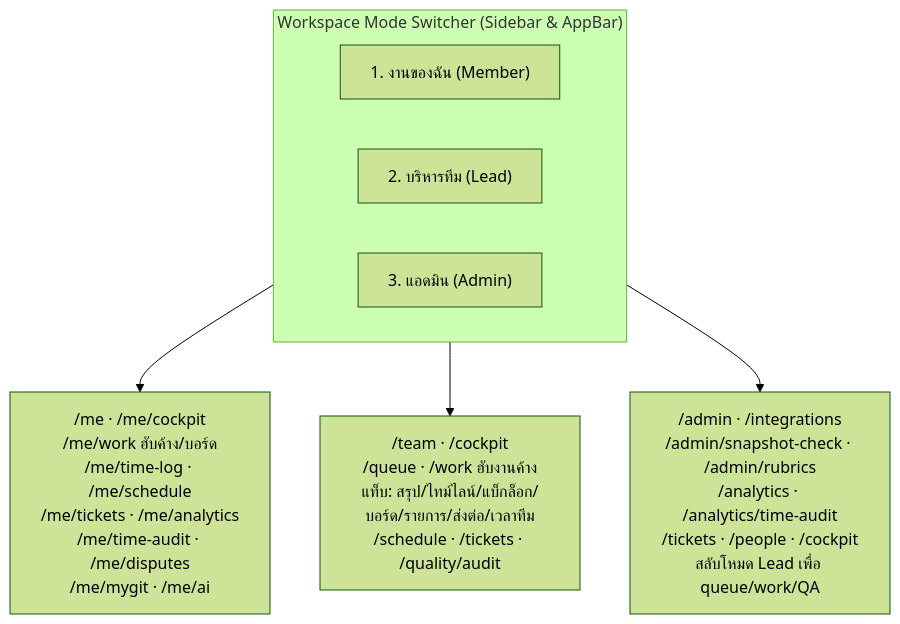
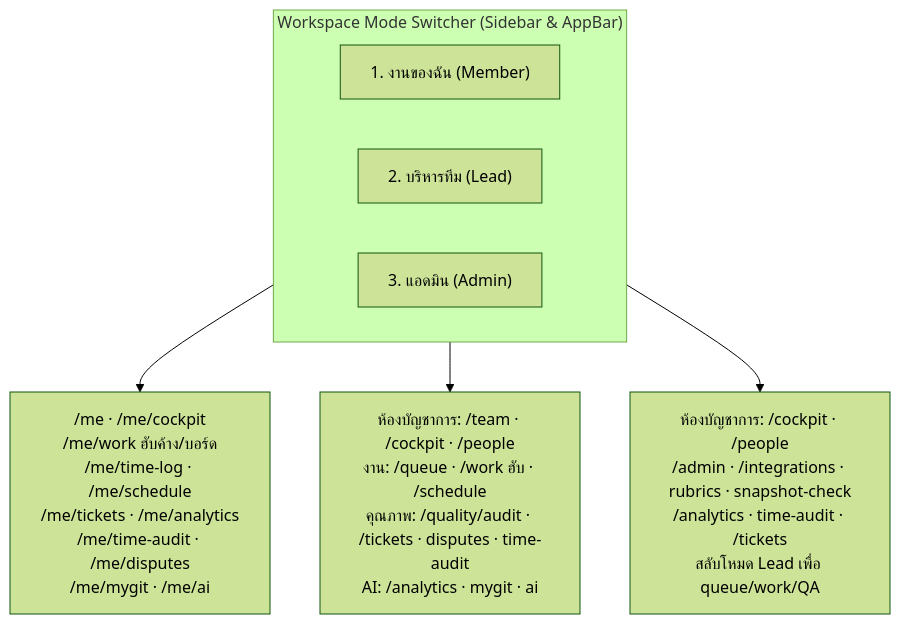
The diagram in docs/คู่มือ.md (chanachaipmgeng/myTask), drawn with Mermaid (forest theme) before and after one commit. The commit also changed other lines of this file and 26 other files, not shown here.

````diff
--- a/docs/คู่มือ.md
+++ b/docs/คู่มือ.md
@@ -118,12 +118,12 @@
 ```mermaid
 flowchart TD
     subgraph Switcher["Workspace Mode Switcher (Sidebar & AppBar)"]
         direction LR
         M["1. งานของฉัน (Member)"]
         L["2. บริหารทีม (Lead)"]
         A["3. แอดมิน (Admin)"]
     end
     M --> M_Routes["/me · /me/cockpit<br>/me/work ฮับค้าง/บอร์ด<br>/me/time-log · /me/schedule<br>/me/tickets · /me/analytics<br>/me/time-audit · /me/disputes<br>/me/mygit · /me/ai"]
-    L --> L_Routes["/team · /cockpit<br>/queue · /work ฮับงานค้าง<br>แท็บ: สรุป/ไทม์ไลน์/แบ็กล็อก/บอร์ด/รายการ/ส่งต่อ/เวลาทีม<br>/schedule · /tickets · /quality/audit"]
-    A --> A_Routes["/admin · /integrations<br>/admin/snapshot-check · /admin/rubrics<br>/analytics · /analytics/time-audit<br>/tickets · /people · /cockpit<br>สลับโหมด Lead เพื่อ queue/work/QA"]
+    L --> L_Routes["ห้องบัญชาการ: /team · /cockpit · /people<br>งาน: /queue · /work ฮับ · /schedule<br>คุณภาพ: /quality/audit · /tickets · disputes · time-audit<br>AI: /analytics · mygit · ai"]
+    A --> A_Routes["ห้องบัญชาการ: /cockpit · /people<br>/admin · /integrations · rubrics · snapshot-check<br>/analytics · time-audit · /tickets<br>สลับโหมด Lead เพื่อ queue/work/QA"]
 ```
````
